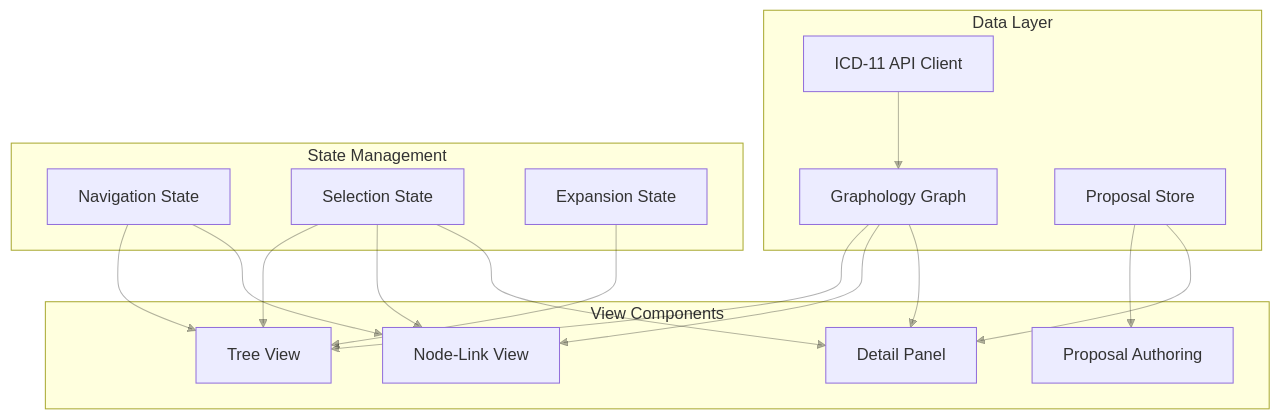
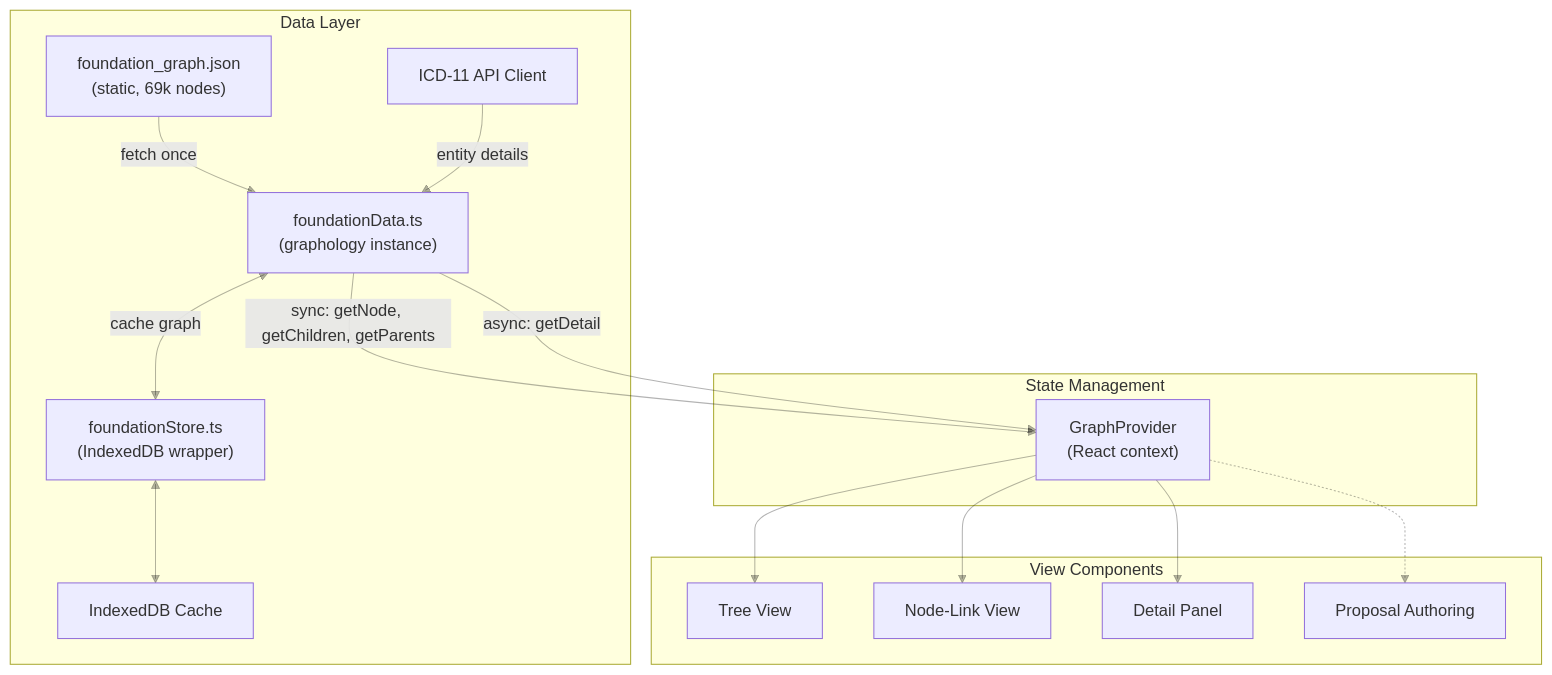
Before and after one commit to Sigfried/icd11-playground: the sixth of 7 diagrams in icd11-visual-interface-spec.md, drawn with Mermaid. The commit also changed other lines of this file, not shown here.

First line of the commit message:
Update design spec for current architecture

````diff
--- a/icd11-visual-interface-spec.md
+++ b/icd11-visual-interface-spec.md
@@ -345,37 +356,36 @@
 ```mermaid
 %%{init: {'themeVariables': { 'lineColor': 'rgba(0,0,0,0.3)' }}}%%
 flowchart TB
     subgraph "Data Layer"
+        JSON["foundation_graph.json<br/>(static, 69k nodes)"]
+        IDB[IndexedDB Cache]
         API[ICD-11 API Client]
-        G[Graphology Graph]
-        PS[Proposal Store]
+        FD["foundationData.ts<br/>(graphology instance)"]
+        FS["foundationStore.ts<br/>(IndexedDB wrapper)"]
     end
-    
+
     subgraph "State Management"
-        NS[Navigation State]
-        SS[Selection State]
-        ES[Expansion State]
+        GP["GraphProvider<br/>(React context)"]
     end
-    
+
     subgraph "View Components"
         TV[Tree View]
         NL[Node-Link View]
         DP[Detail Panel]
         PA[Proposal Authoring]
     end
-    
-    API --> G
-    G --> TV
-    G --> NL
-    G --> DP
-    
-    NS --> TV
-    NS --> NL
-    SS --> TV
-    SS --> NL
-    SS --> DP
-    ES --> TV
-    
-    PS --> PA
-    PS --> DP
+
+    JSON -->|"fetch once"| FD
+    FD <-->|"cache graph"| FS
+    FS <--> IDB
+    API -->|"entity details"| FD
+
+    FD -->|"sync: getNode, getChildren, getParents"| GP
+    FD -->|"async: getDetail"| GP
+
+    GP --> TV
+    GP --> NL
+    GP --> DP
+
+    GP -.-> PA
 ```
````
